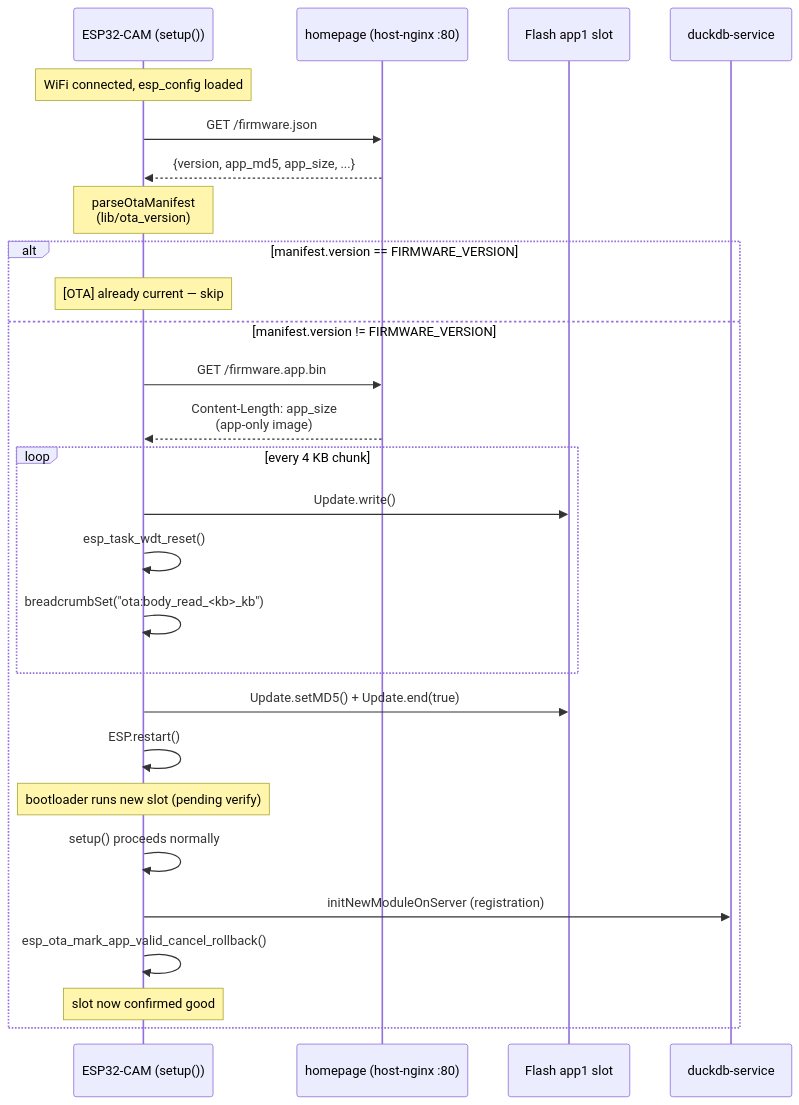
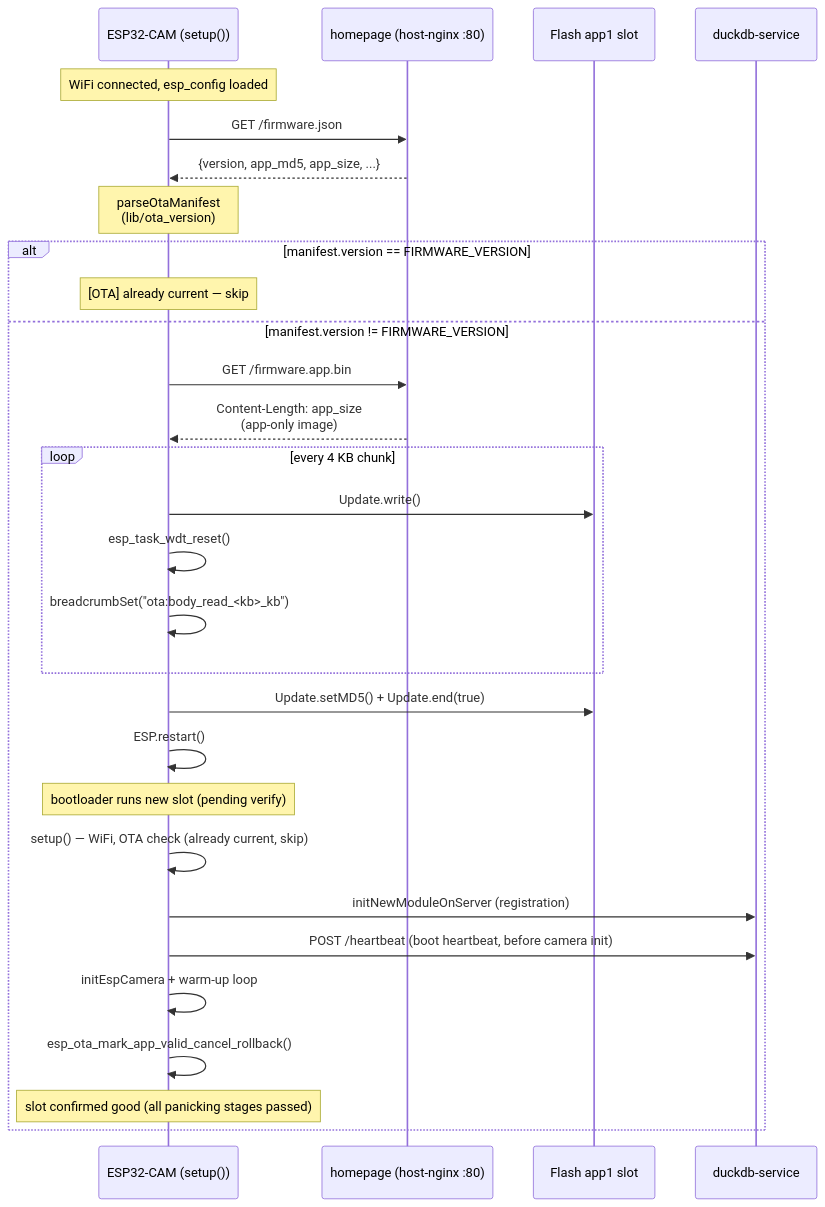
The second of 2 diagrams in docs/06-runtime-view/ota-update-flow.md (schutera/highfive), drawn with Mermaid before and after one commit. The commit also changed other lines of this file and 7 other files, not shown here.

````diff
--- a/docs/06-runtime-view/ota-update-flow.md
+++ b/docs/06-runtime-view/ota-update-flow.md
@@ -43,30 +43,32 @@
 ```mermaid
 sequenceDiagram
     participant MOD as ESP32-CAM (setup())
     participant HP as homepage (host-nginx :80)
     participant FL as Flash app1 slot
     participant DB as duckdb-service
 
     Note over MOD: WiFi connected, esp_config loaded
     MOD->>HP: GET /firmware.json
     HP-->>MOD: {version, app_md5, app_size, ...}
     Note over MOD: parseOtaManifest<br/>(lib/ota_version)
     alt manifest.version == FIRMWARE_VERSION
         Note over MOD: [OTA] already current — skip
     else manifest.version != FIRMWARE_VERSION
         MOD->>HP: GET /firmware.app.bin
         HP-->>MOD: Content-Length: app_size<br/>(app-only image)
         loop every 4 KB chunk
             MOD->>FL: Update.write()
             MOD->>MOD: esp_task_wdt_reset()
             MOD->>MOD: breadcrumbSet("ota:body_read_<kb>_kb")
         end
         MOD->>FL: Update.setMD5() + Update.end(true)
         MOD->>MOD: ESP.restart()
         Note over MOD: bootloader runs new slot (pending verify)
-        MOD->>MOD: setup() proceeds normally
+        MOD->>MOD: setup() — WiFi, OTA check (already current, skip)
         MOD->>DB: initNewModuleOnServer (registration)
+        MOD->>DB: POST /heartbeat (boot heartbeat, before camera init)
+        MOD->>MOD: initEspCamera + warm-up loop
         MOD->>MOD: esp_ota_mark_app_valid_cancel_rollback()
-        Note over MOD: slot now confirmed good
+        Note over MOD: slot confirmed good (all panicking stages passed)
     end
 ```
````
